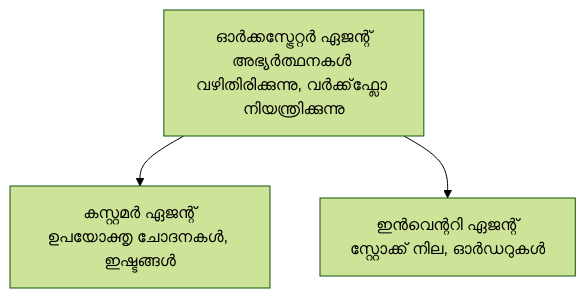
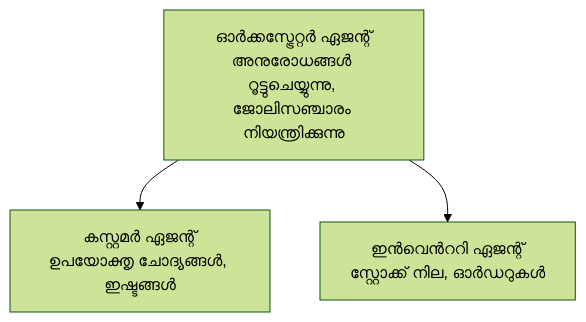
The diagram in translations/ml/docs/chapter-05-multi-agent/README.md (microsoft/AZD-for-beginners), drawn with Mermaid (forest theme) before and after one commit. The commit also changed other lines of this file and 101 other files, not shown here.

````diff
--- a/translations/ml/docs/chapter-05-multi-agent/README.md
+++ b/translations/ml/docs/chapter-05-multi-agent/README.md
@@ -50,5 +52,5 @@
 ```mermaid
 graph TD
-    Orchestrator[ഓർക്കസ്ട്രേറ്റർ ഏജന്റ്<br/>അഭ്യർത്ഥനകൾ വഴിതിരിക്കുന്നു, വർക്ക്‌ഫ്ലോ നിയന്ത്രിക്കുന്നു] --> Customer[കസ്റ്റമർ ഏജന്റ്<br/>ഉപയോക്തൃ ചോദനകൾ, ഇഷ്ടങ്ങൾ]
-    Orchestrator --> Inventory[ഇൻവെന്ററി ഏജന്റ്<br/>സ്റ്റോക്ക് നില, ഓർഡറുകൾ]
+    Orchestrator[ഓർക്കസ്ട്രേറ്റർ ഏജന്റ്<br/>അനുരോധങ്ങൾ റൂട്ടുചെയ്യുന്നു, ജോലിസഞ്ചാരം നിയന്ത്രിക്കുന്നു] --> Customer[കസ്റ്റമർ ഏജന്റ്<br/>ഉപയോക്തൃ ചോദ്യങ്ങൾ, ഇഷ്ടങ്ങൾ]
+    Orchestrator --> Inventory[ഇൻവെൻററി ഏജന്റ്<br/>സ്റ്റോക്ക് നില, ഓർഡറുകൾ]
 ```
````
